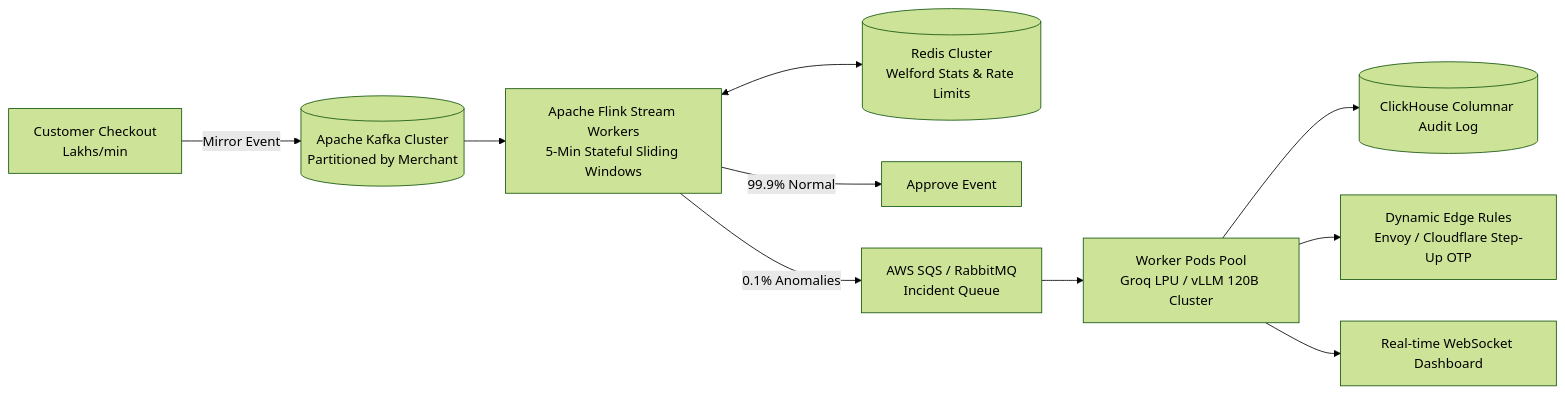
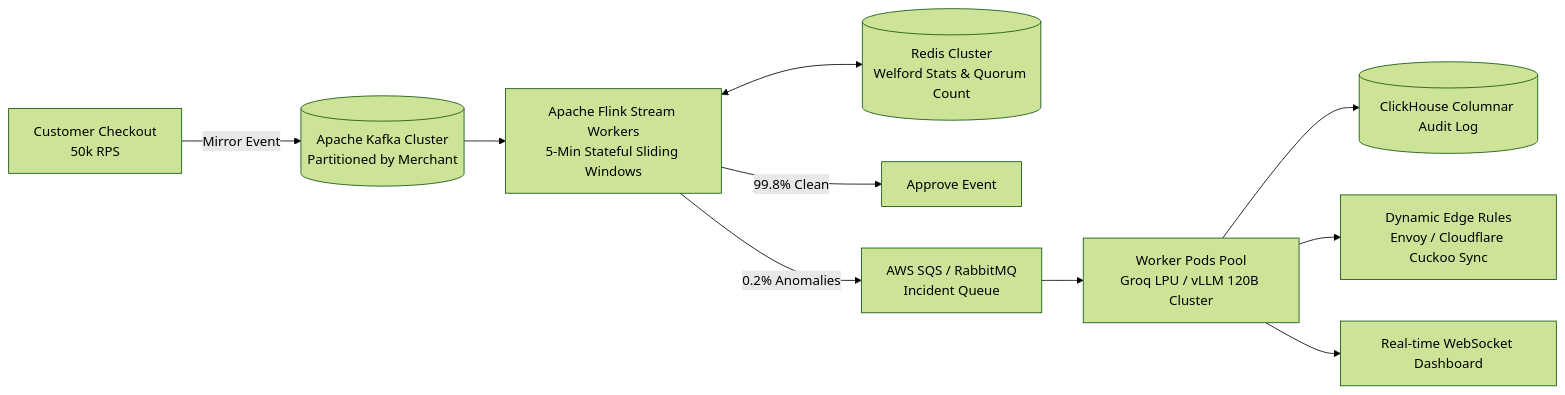
The third of 3 diagrams in README.md (vatsalgargg/Razorpay-Aegis), drawn with Mermaid (forest theme) before and after one commit. The commit also changed other lines of this file, not shown here.

Commit message:
docs: update README with full Three-Tier architecture, Cuckoo Threat Mesh, and enterprise business ROI model

````diff
--- a/README.md
+++ b/README.md
@@ -121,12 +162,12 @@
 ```mermaid
 flowchart LR
-    A[Customer Checkout<br>Lakhs/min] -->|Mirror Event| B[(Apache Kafka Cluster<br>Partitioned by Merchant)]
+    A[Customer Checkout<br>50k RPS] -->|Mirror Event| B[(Apache Kafka Cluster<br>Partitioned by Merchant)]
     B --> C[Apache Flink Stream Workers<br>5-Min Stateful Sliding Windows]
-    C <--> D[(Redis Cluster<br>Welford Stats & Rate Limits)]
-    C -->|99.9% Normal| E[Approve Event]
-    C -->|0.1% Anomalies| F[AWS SQS / RabbitMQ<br>Incident Queue]
+    C <--> D[(Redis Cluster<br>Welford Stats & Quorum Count)]
+    C -->|99.8% Clean| E[Approve Event]
+    C -->|0.2% Anomalies| F[AWS SQS / RabbitMQ<br>Incident Queue]
     F --> G[Worker Pods Pool<br>Groq LPU / vLLM 120B Cluster]
     G --> H[(ClickHouse Columnar Audit Log)]
-    G --> I[Dynamic Edge Rules<br>Envoy / Cloudflare Step-Up OTP]
+    G --> I[Dynamic Edge Rules<br>Envoy / Cloudflare Cuckoo Sync]
     G --> J[Real-time WebSocket Dashboard]
 ```
````
